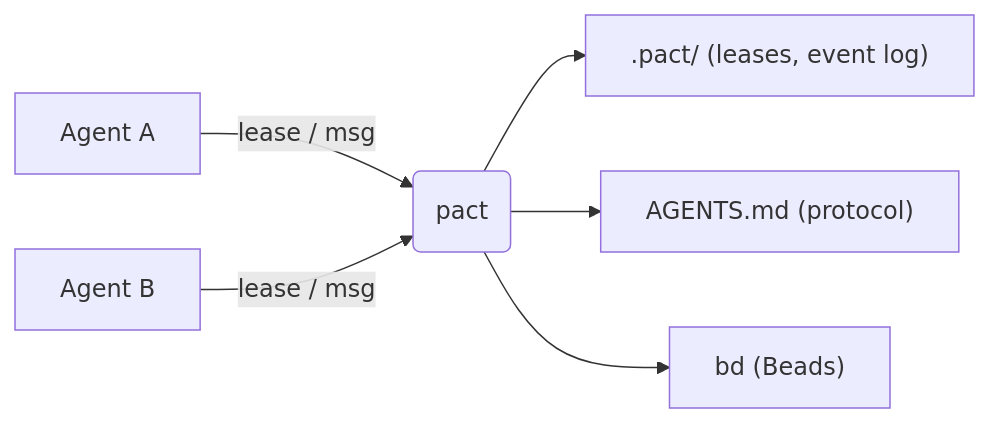
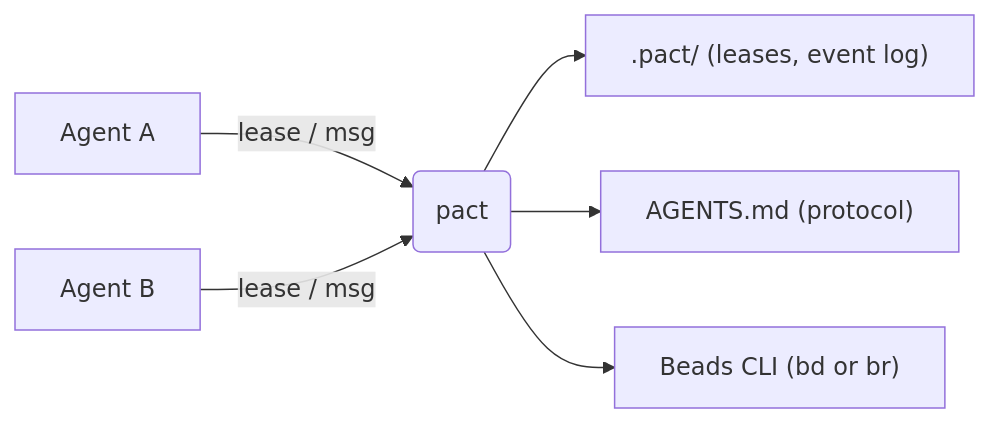
One commit to chussenot/pact changed the first of 3 diagrams in README.md. Above: the diagram before and after it, drawn with Mermaid. The commit also changed other lines of this file and 5 other files, not shown here.

````diff
--- a/README.md
+++ b/README.md
@@ -25,8 +25,8 @@
 ```mermaid
 flowchart LR
     A[Agent A] -->|lease / msg| P(pact)
     B[Agent B] -->|lease / msg| P
     P --> F[".pact/ (leases, event log)"]
     P --> G["AGENTS.md (protocol)"]
-    P --> D["bd (Beads)"]
+    P --> D["Beads CLI (bd or br)"]
 ```
````
